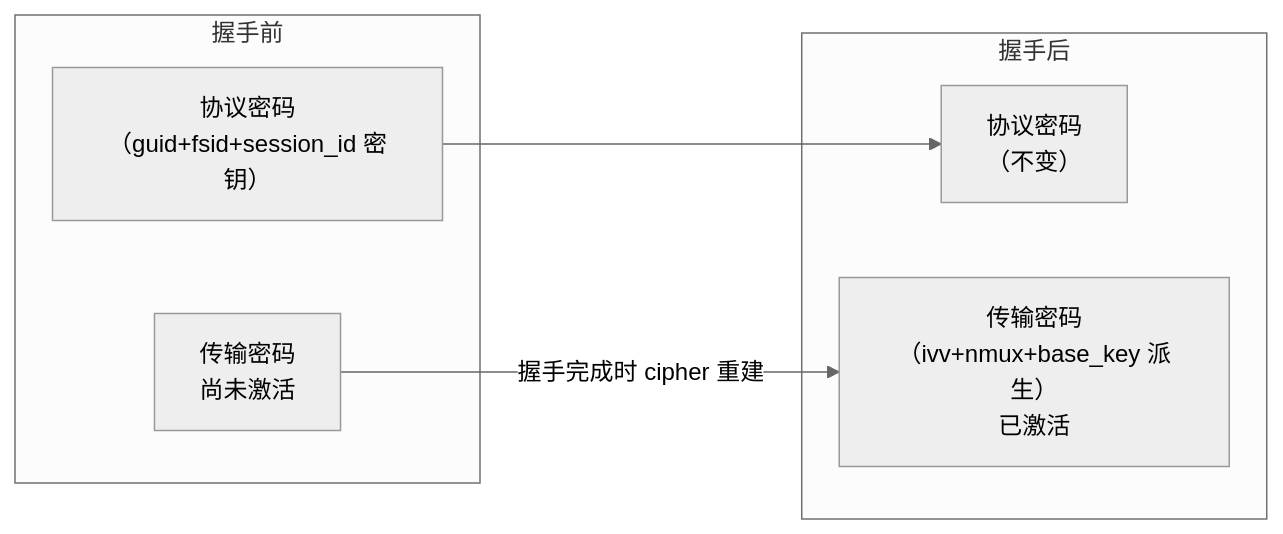
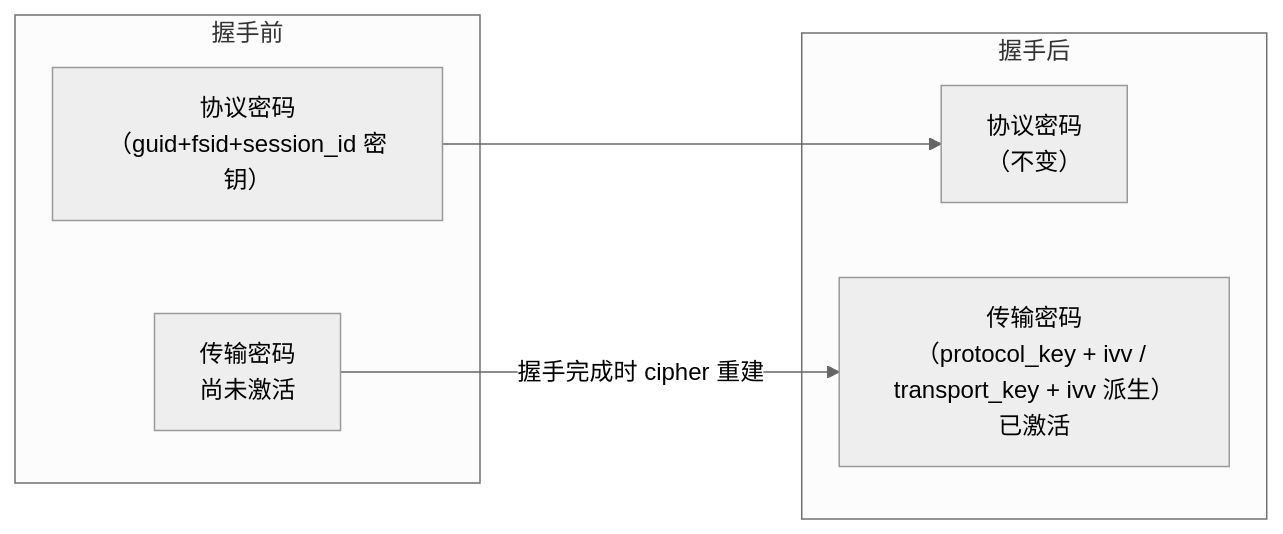
One commit to HyacinthHaru/openppp2 changed the tenth of 10 diagrams in docs/HANDSHAKE_SEQUENCE_CN.md. Above: the diagram before and after it, drawn with Mermaid (neutral theme). The commit also changed other lines of this file and 80 other files, not shown here.

````diff
--- a/docs/HANDSHAKE_SEQUENCE_CN.md
+++ b/docs/HANDSHAKE_SEQUENCE_CN.md
@@ -430,15 +428,15 @@
 ```mermaid
 graph LR
     subgraph "握手前"
         PreProtocol["协议密码\n（guid+fsid+session_id 密钥）"]
         PreTransport["传输密码\n尚未激活"]
     end
 
     subgraph "握手后"
         PostProtocol["协议密码\n（不变）"]
-        PostTransport["传输密码\n（ivv+nmux+base_key 派生）\n已激活"]
+        PostTransport["传输密码\n（protocol_key + ivv / transport_key + ivv 派生）\n已激活"]
     end
 
     PreProtocol --> PostProtocol
     PreTransport -->|"握手完成时 cipher 重建"| PostTransport
 ```
````
